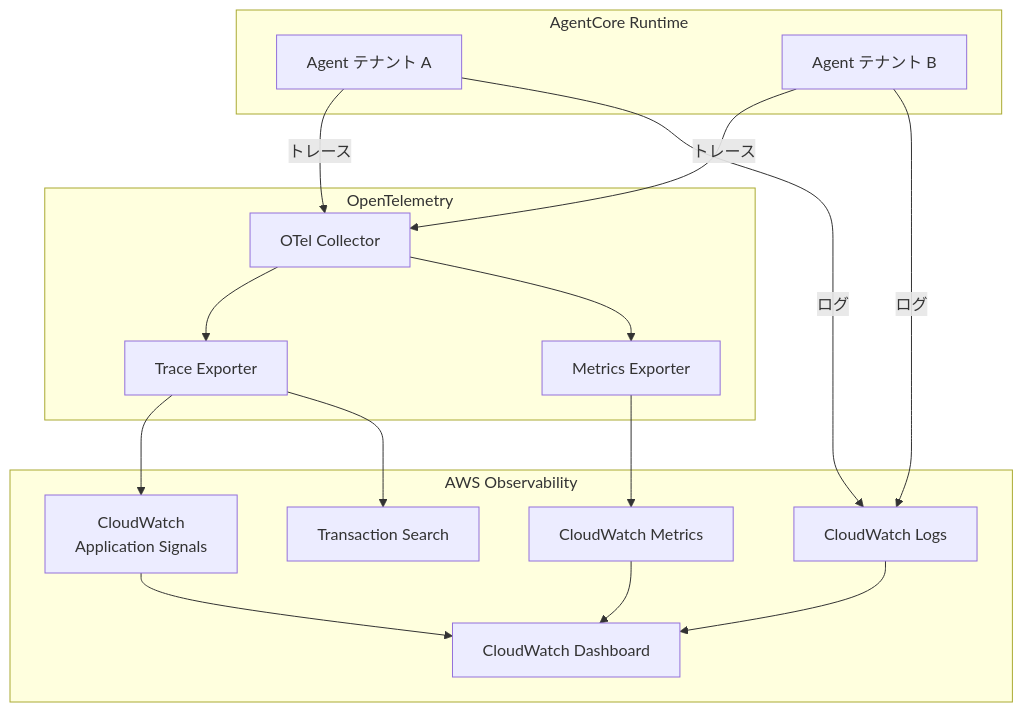
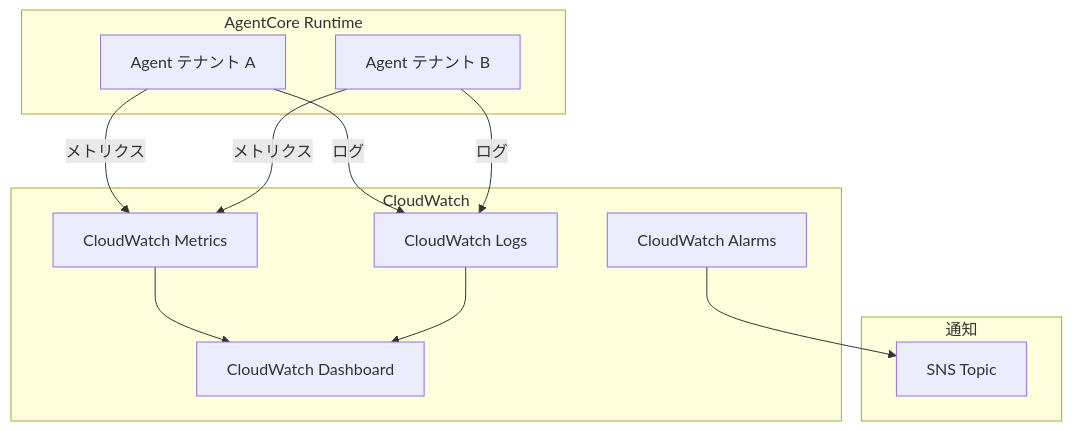
The diagram in docs/08-observability.md (yaggytter/agentcore-multi-tenant-handson), drawn with Mermaid before and after one commit. The commit also changed other lines of this file and 49 other files, not shown here.

````diff
--- a/docs/08-observability.md
+++ b/docs/08-observability.md
@@ -18,34 +18,26 @@
 ```mermaid
 graph TB
     subgraph "AgentCore Runtime"
         AGENT_A[Agent テナント A]
         AGENT_B[Agent テナント B]
     end
 
-    subgraph "OpenTelemetry"
-        OTEL[OTel Collector]
-        TRACE[Trace Exporter]
-        METRIC[Metrics Exporter]
-    end
-
-    subgraph "AWS Observability"
-        CW_TRACES[CloudWatch<br/>Application Signals]
+    subgraph "CloudWatch"
         CW_LOGS[CloudWatch Logs]
         CW_METRICS[CloudWatch Metrics]
         CW_DASH[CloudWatch Dashboard]
-        TXN[Transaction Search]
+        CW_ALARMS[CloudWatch Alarms]
     end
 
-    AGENT_A -->|トレース| OTEL
-    AGENT_B -->|トレース| OTEL
-    OTEL --> TRACE
-    OTEL --> METRIC
-    TRACE --> CW_TRACES
-    TRACE --> TXN
-    METRIC --> CW_METRICS
+    subgraph "通知"
+        SNS[SNS Topic]
+    end
+
     AGENT_A -->|ログ| CW_LOGS
     AGENT_B -->|ログ| CW_LOGS
-    CW_TRACES --> CW_DASH
+    AGENT_A -->|メトリクス| CW_METRICS
+    AGENT_B -->|メトリクス| CW_METRICS
     CW_METRICS --> CW_DASH
     CW_LOGS --> CW_DASH
+    CW_ALARMS --> SNS
 ```
````
